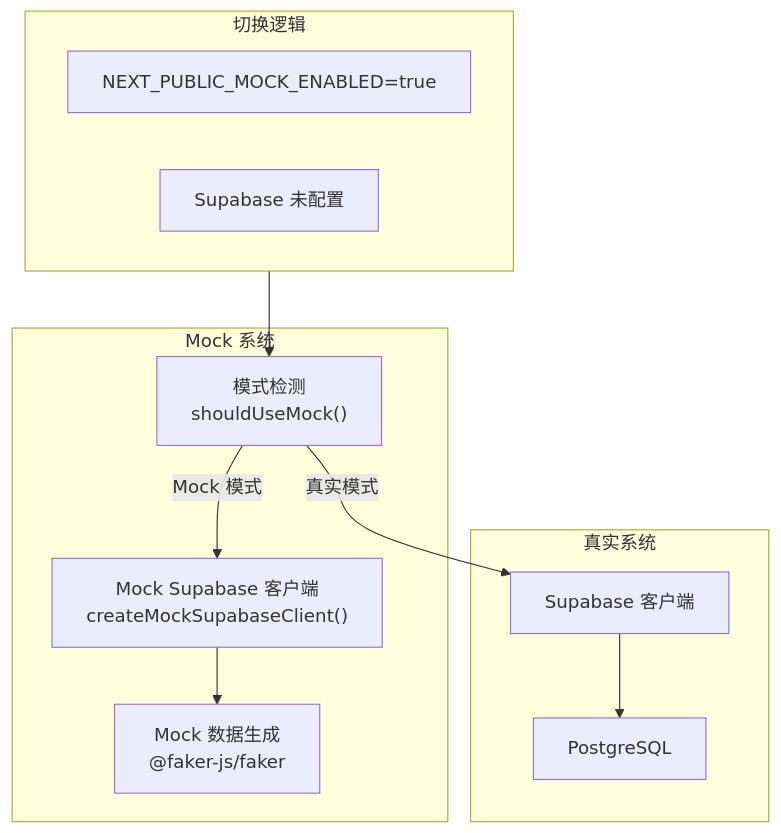
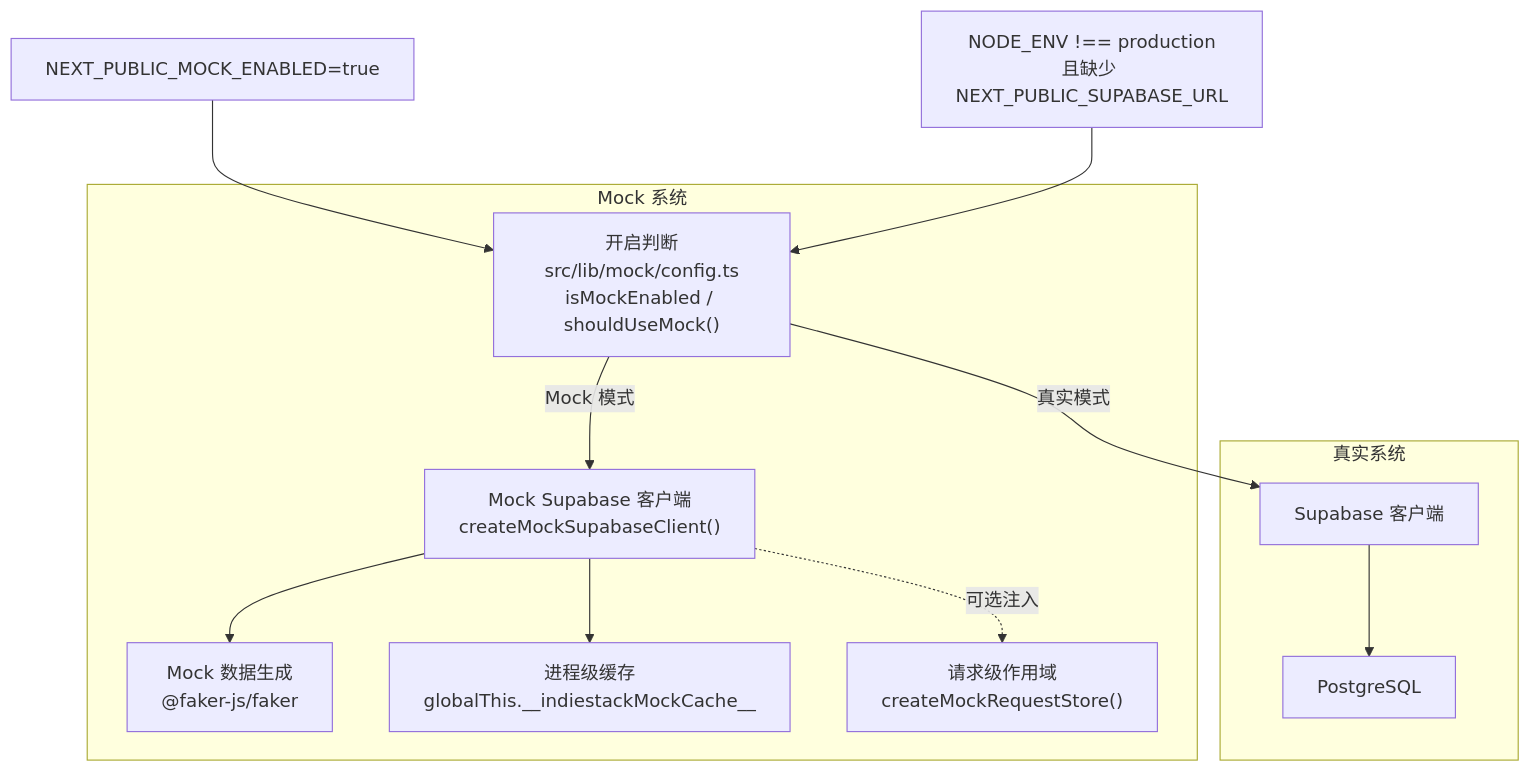
One commit to Sun1090/IndieStack changed the first of 4 diagrams in docs/architecture/13-mock-system.md. Above: the diagram before and after it, drawn with Mermaid. The commit also changed other lines of this file and 14 other files, not shown here.

````diff
--- a/docs/architecture/13-mock-system.md
+++ b/docs/architecture/13-mock-system.md
@@ -7,24 +12,24 @@
 ```mermaid
 graph TD
     subgraph MockSystem["Mock 系统"]
-        Detection["模式检测<br/>shouldUseMock()"]
+        Config["开启判断<br/>src/lib/mock/config.ts<br/>isMockEnabled / shouldUseMock()"]
         MockClient["Mock Supabase 客户端<br/>createMockSupabaseClient()"]
         MockData["Mock 数据生成<br/>@faker-js/faker"]
+        Cache["进程级缓存<br/>globalThis.__indiestackMockCache__"]
+        ReqStore["请求级作用域<br/>createMockRequestStore()"]
     end
 
     subgraph RealSystem["真实系统"]
         RealClient["Supabase 客户端"]
         RealDB["PostgreSQL"]
     end
 
-    subgraph Switch["切换逻辑"]
-        EnvVar["NEXT_PUBLIC_MOCK_ENABLED=true"]
-        NoSupabase["Supabase 未配置"]
-    end
-
-    Switch --> Detection
-    Detection -->|Mock 模式| MockClient
-    Detection -->|真实模式| RealClient
+    EnvVar["NEXT_PUBLIC_MOCK_ENABLED=true"] --> Config
+    NoSupabase["NODE_ENV !== production<br/>且缺少 NEXT_PUBLIC_SUPABASE_URL"] --> Config
+    Config -->|Mock 模式| MockClient
+    Config -->|真实模式| RealClient
     MockClient --> MockData
+    MockClient --> Cache
+    MockClient -.可选注入.-> ReqStore
     RealClient --> RealDB
 ```
````
